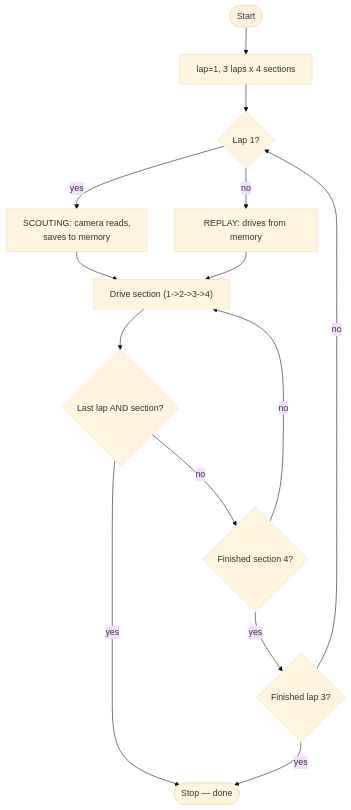
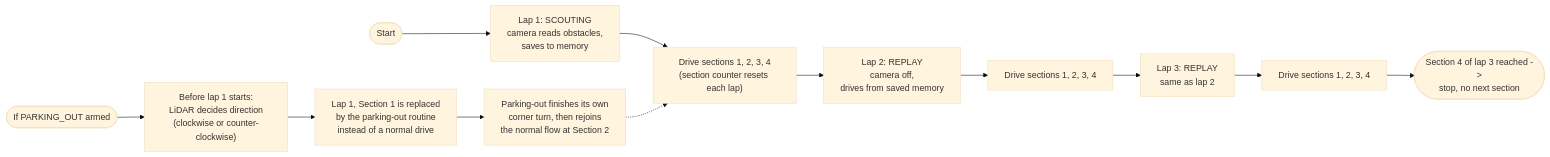
One commit to KiaraBhandari8/Unsupervised-WROFE2026-India changed the third of 3 diagrams in README.md. Above: the diagram before and after it, drawn with Mermaid (base theme).

````diff
--- a/README.md
+++ b/README.md
@@ -664,16 +664,15 @@
 ```mermaid
-flowchart TD
-    Start([Start]) --> Init["lap=1, 3 laps x 4 sections"]
-    Init --> ScoutQ{"Lap 1?"}
-    ScoutQ -- yes --> Scout["SCOUTING: camera reads,<br/>saves to memory"]
-    ScoutQ -- no --> Replay["REPLAY: drives from memory"]
-    Scout --> SecStart
-    Replay --> SecStart
-    SecStart["Drive section (1->2->3->4)"] --> FinalQ{"Last lap AND section?"}
-    FinalQ -- yes --> StopRun(["Stop — done"])
-    FinalQ -- no --> SecEndQ{"Finished section 4?"}
-    SecEndQ -- no --> SecStart
-    SecEndQ -- yes --> LapEndQ{"Finished lap 3?"}
-    LapEndQ -- no --> ScoutQ
-    LapEndQ -- yes --> StopRun
+flowchart LR
+    A([Start]) --> B["Lap 1: SCOUTING<br/>camera reads obstacles,<br/>saves to memory"]
+    B --> C["Drive sections 1, 2, 3, 4<br/>(section counter resets each lap)"]
+    C --> D["Lap 2: REPLAY<br/>camera off,<br/>drives from saved memory"]
+    D --> E["Drive sections 1, 2, 3, 4"]
+    E --> F["Lap 3: REPLAY<br/>same as lap 2"]
+    F --> G["Drive sections 1, 2, 3, 4"]
+    G --> H(["Section 4 of lap 3 reached -><br/>stop, no next section"])
+
+    A2([If PARKING_OUT armed]) --> B2["Before lap 1 starts:<br/>LiDAR decides direction<br/>(clockwise or counter-clockwise)"]
+    B2 --> C2["Lap 1, Section 1 is replaced<br/>by the parking-out routine<br/>instead of a normal drive"]
+    C2 --> D2["Parking-out finishes its own<br/>corner turn, then rejoins<br/>the normal flow at Section 2"]
+    D2 -.-> C
 ```
````
